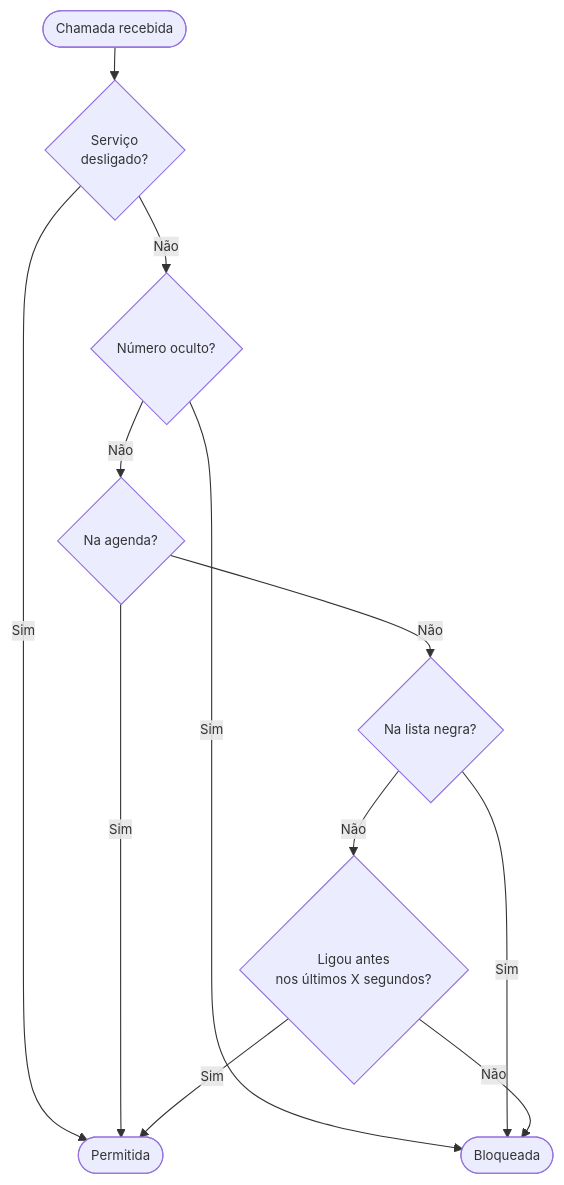
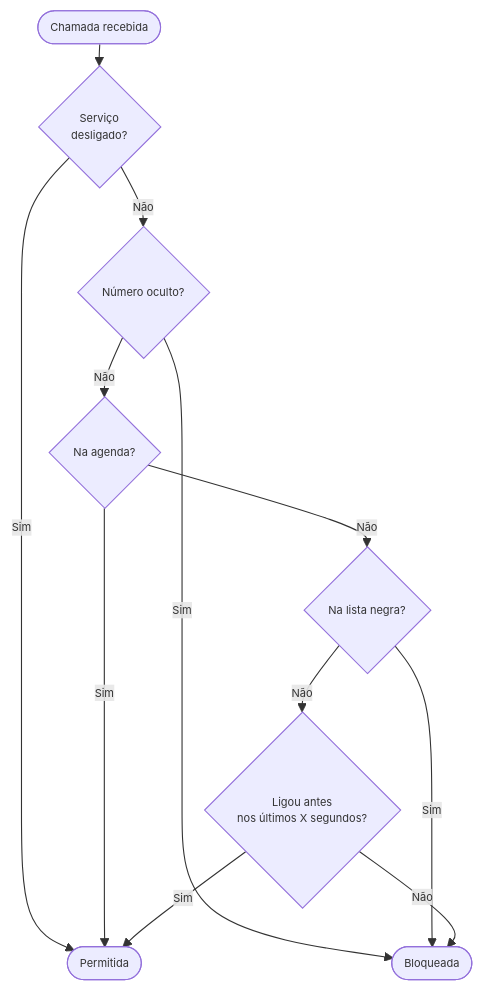
The diagram in README.md (acdcmaia/call-guard), drawn with Mermaid before and after one commit.

Commit message:
docs: further reduce flowchart spacing and font size

````diff
--- a/README.md
+++ b/README.md
@@ -7,15 +7,15 @@
 ```mermaid
-%%{init: {'flowchart': {'nodeSpacing': 30, 'rankSpacing': 30}, 'themeVariables': {'fontSize': '12px'}}}%%
+%%{init: {'flowchart': {'nodeSpacing': 20, 'rankSpacing': 20}, 'themeVariables': {'fontSize': '10px'}}}%%
 flowchart TD
     A([Chamada recebida]) --> OFF{Serviço\ndesligado?}
     OFF -- Sim --> E([Permitida])
     OFF -- Não --> P{Número oculto?}
     P -- Sim --> C([Bloqueada])
     P -- Não --> CK{Na agenda?}
     CK -- Sim --> E
     CK -- Não --> B{Na lista negra?}
     B -- Sim --> C
     B -- Não --> D{Ligou antes\nnos últimos X segundos?}
     D -- Não --> C
     D -- Sim --> E
 ```
````
